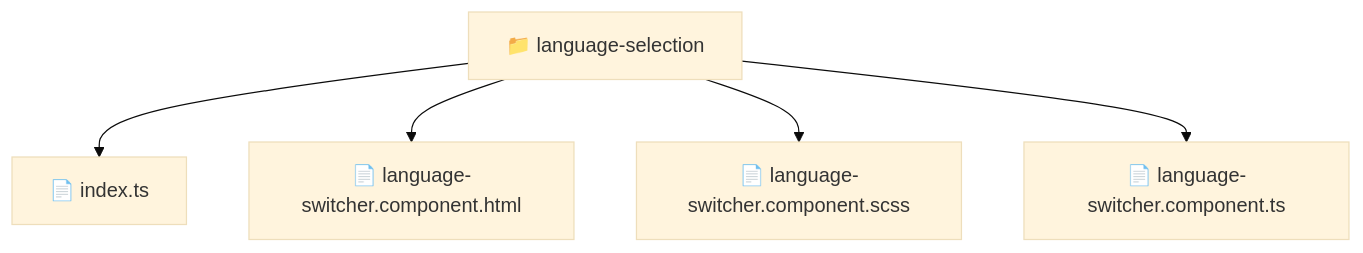
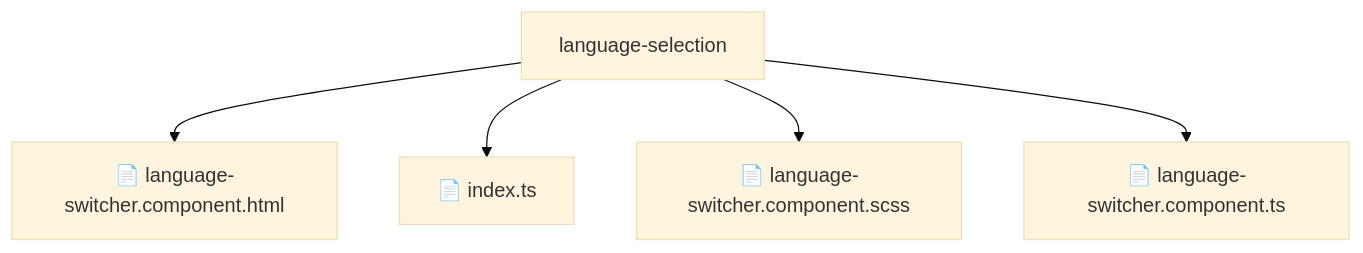
The diagram in frontend/src/features/language-selection/README.md (beginwebdev2002/fullstack-mavluda), drawn with Mermaid (base theme) before and after one commit. The commit also changed other lines of this file and 155 other files, not shown here.

````diff
--- a/frontend/src/features/language-selection/README.md
+++ b/frontend/src/features/language-selection/README.md
@@ -10,8 +14,8 @@
 ```mermaid
 graph TD
-  Root["📁 language-selection"]
-  Root --> indexts["📄 index.ts"]
-  Root --> languageswitchercomponenthtml["📄 language-switcher.component.html"]
-  Root --> languageswitchercomponentscss["📄 language-switcher.component.scss"]
-  Root --> languageswitchercomponentts["📄 language-switcher.component.ts"]
+    Root[language-selection]
+    Root --> F0[📄 language-switcher.component.html]
+    Root --> F1[📄 index.ts]
+    Root --> F2[📄 language-switcher.component.scss]
+    Root --> F3[📄 language-switcher.component.ts]
 ```
````
